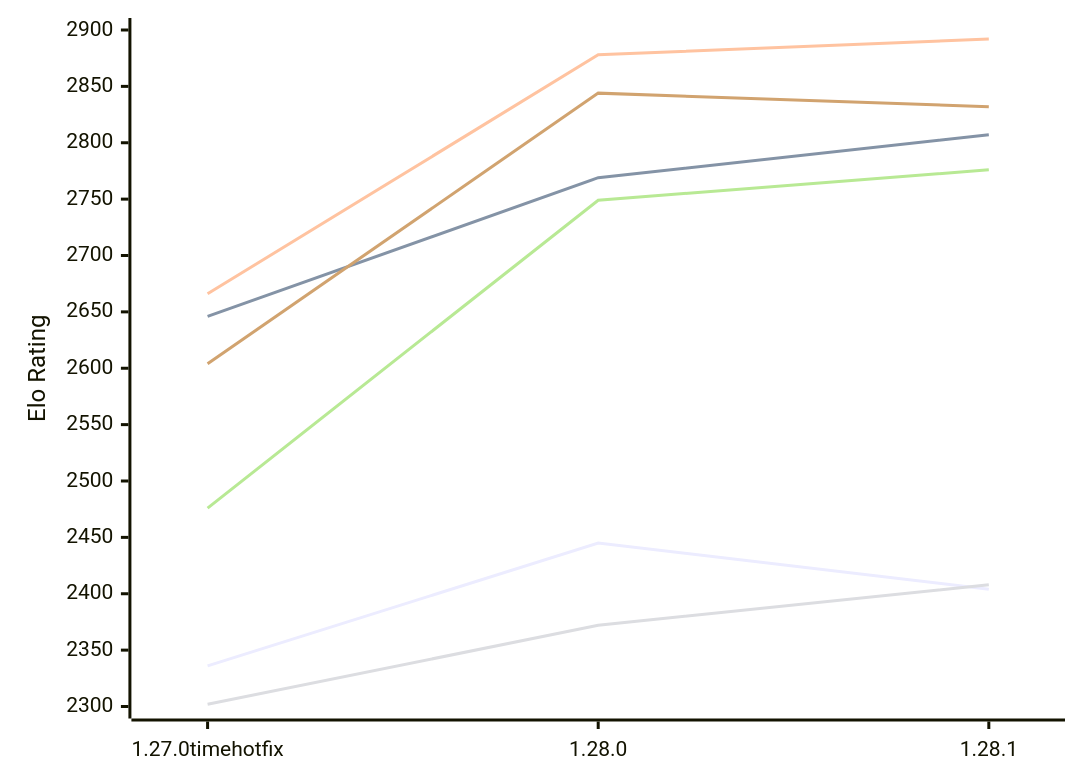
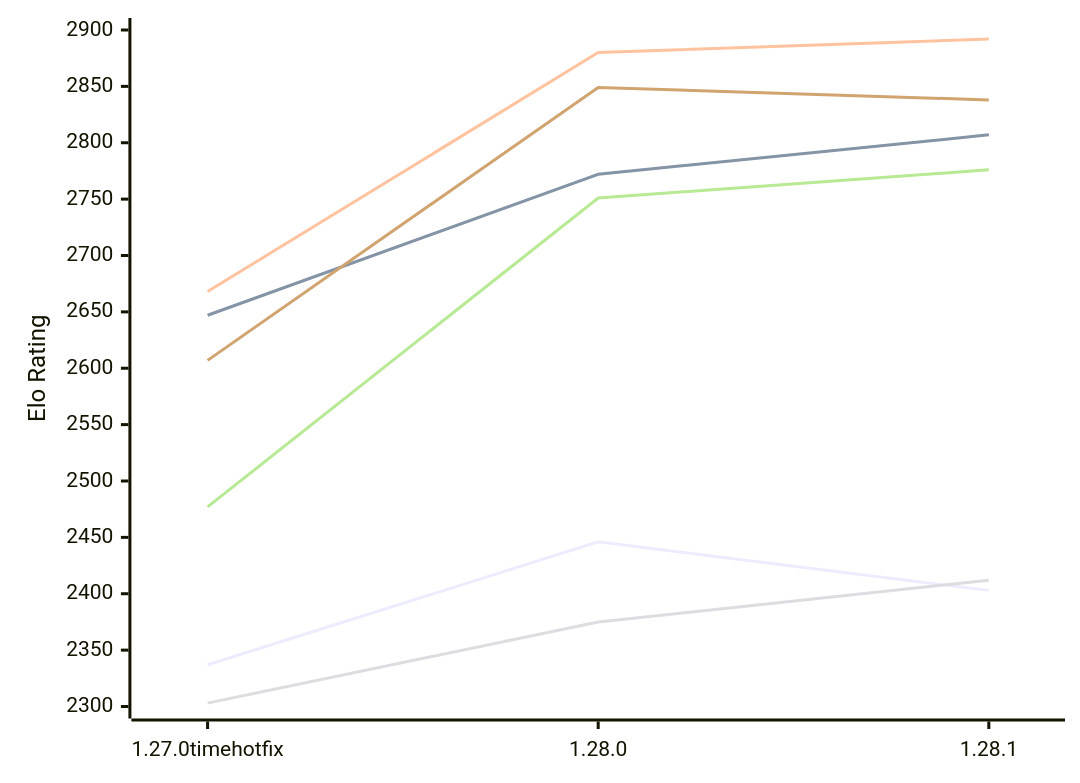
One commit to computer-chess-index/cci changed the first of 2 diagrams in engines/Aurora.md. Above: the diagram before and after it, drawn with Mermaid. The commit also changed other lines of this file, not shown here.

Commit message:
Update CCI Ratings (ELO VLTC) - 2026-11-24

````diff
--- a/engines/Aurora.md
+++ b/engines/Aurora.md
@@ -52,12 +52,12 @@
 ```mermaid
 %%{init: {"theme":"base","themeVariables":{"seriesColors:['#a3a3a3','#222221','#faa371']}}}%%
 xychart-beta
   x-axis ["1.27.0timehotfix", "1.28.0", "1.28.1"]
   y-axis "Elo Rating" 2300 --> 2900
-  line "E1: STC (8.0+0.08s)" [2336, 2445, 2404]
-  line "E1: LTC (60.0+0.60s)" [2646, 2769, 2807]
-  line "E1: VLTC (2m24s+1.12s)" [2666, 2878, 2892]
-  line "P1: STC (8.0+0.08s)" [2302, 2372, 2408]
-  line "P1: LTC (60.0+0.60s)" [2476, 2749, 2776]
-  line "P1: VLTC (2m24s+1.12s)" [2604, 2844, 2832]
+  line "E1: STC (8.0+0.08s)" [2337, 2446, 2403]
+  line "E1: LTC (60.0+0.60s)" [2647, 2772, 2807]
+  line "E1: VLTC (2m24s+1.12s)" [2668, 2880, 2892]
+  line "P1: STC (8.0+0.08s)" [2303, 2375, 2412]
+  line "P1: LTC (60.0+0.60s)" [2477, 2751, 2776]
+  line "P1: VLTC (2m24s+1.12s)" [2607, 2849, 2838]
 ```
````
